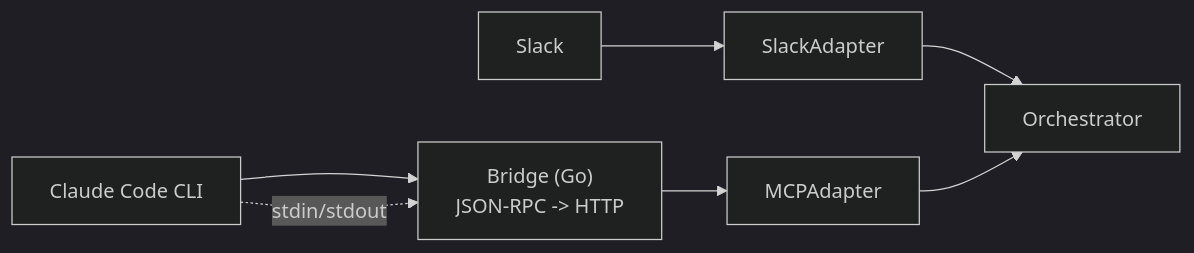
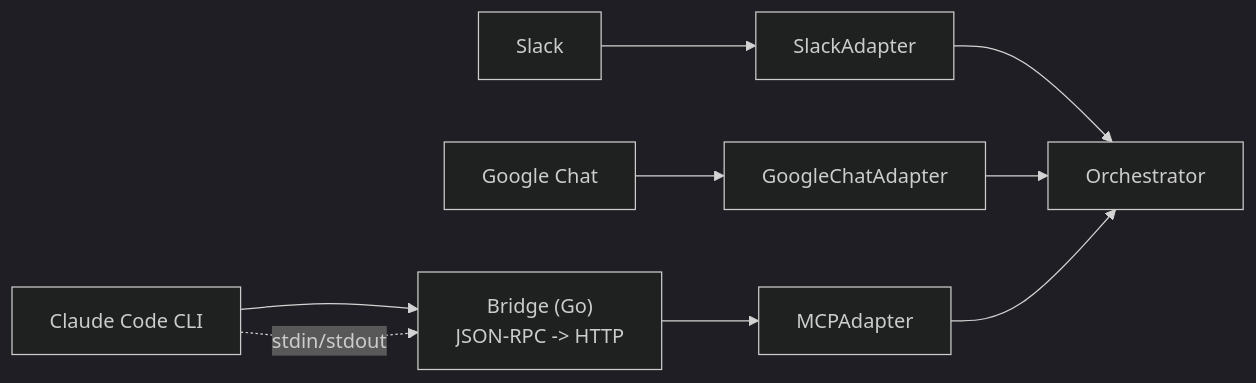
Diagram 17 of 31 in docs/book/agentrun-book.md (phbruce/agentrun), drawn with Mermaid (dark theme) before and after one commit. The commit also changed other lines of this file, not shown here.

````diff
--- a/docs/book/agentrun-book.md
+++ b/docs/book/agentrun-book.md
@@ -2782,7 +2783,8 @@
 ```mermaid
 flowchart LR
     SL[Slack] --> SA[SlackAdapter] --> OR[Orchestrator]
+    GC[Google Chat] --> GA[GoogleChatAdapter] --> OR
     CC[Claude Code CLI] --> BR["Bridge (Go)\nJSON-RPC -> HTTP"]
     BR --> MA[MCPAdapter] --> OR
     CC -.->|stdin/stdout| BR
 ```
````
